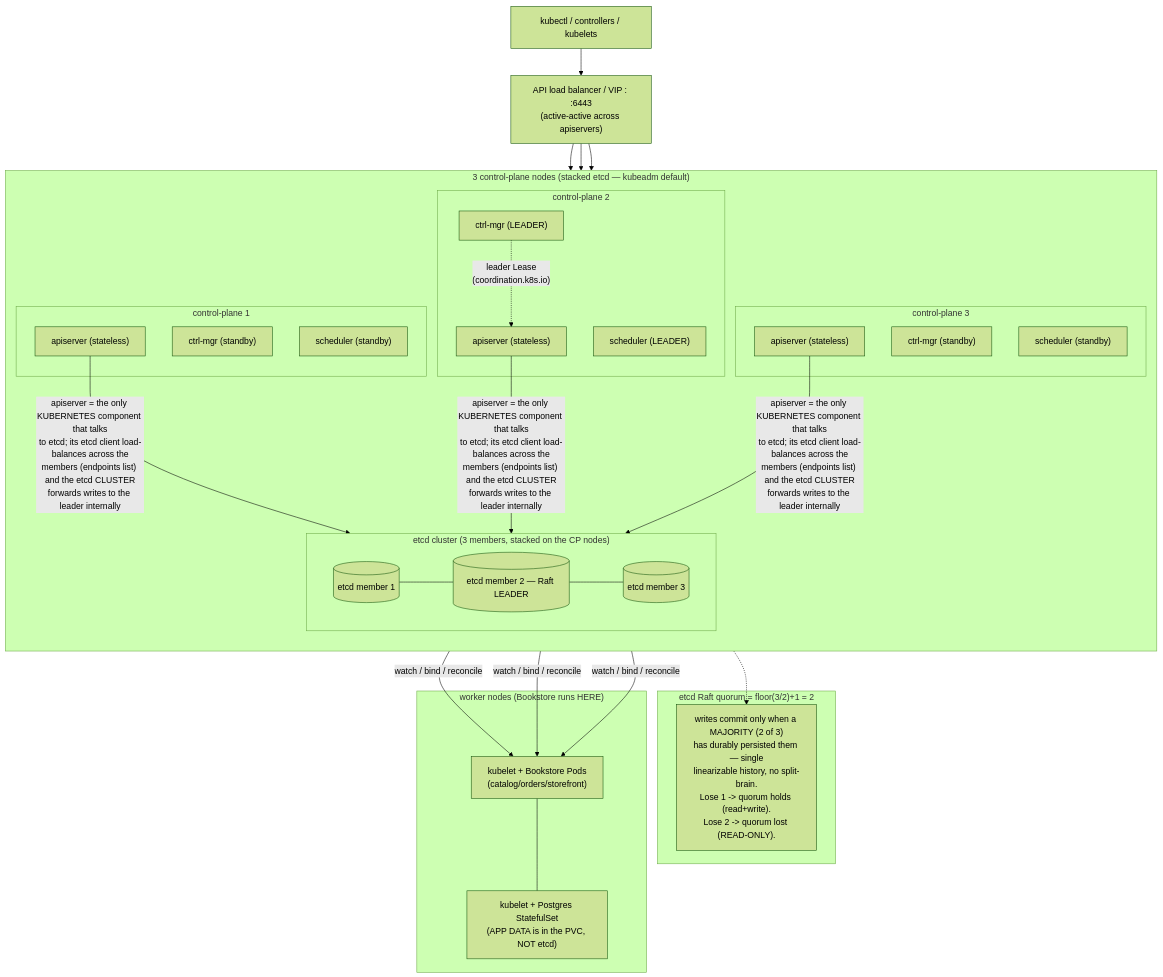
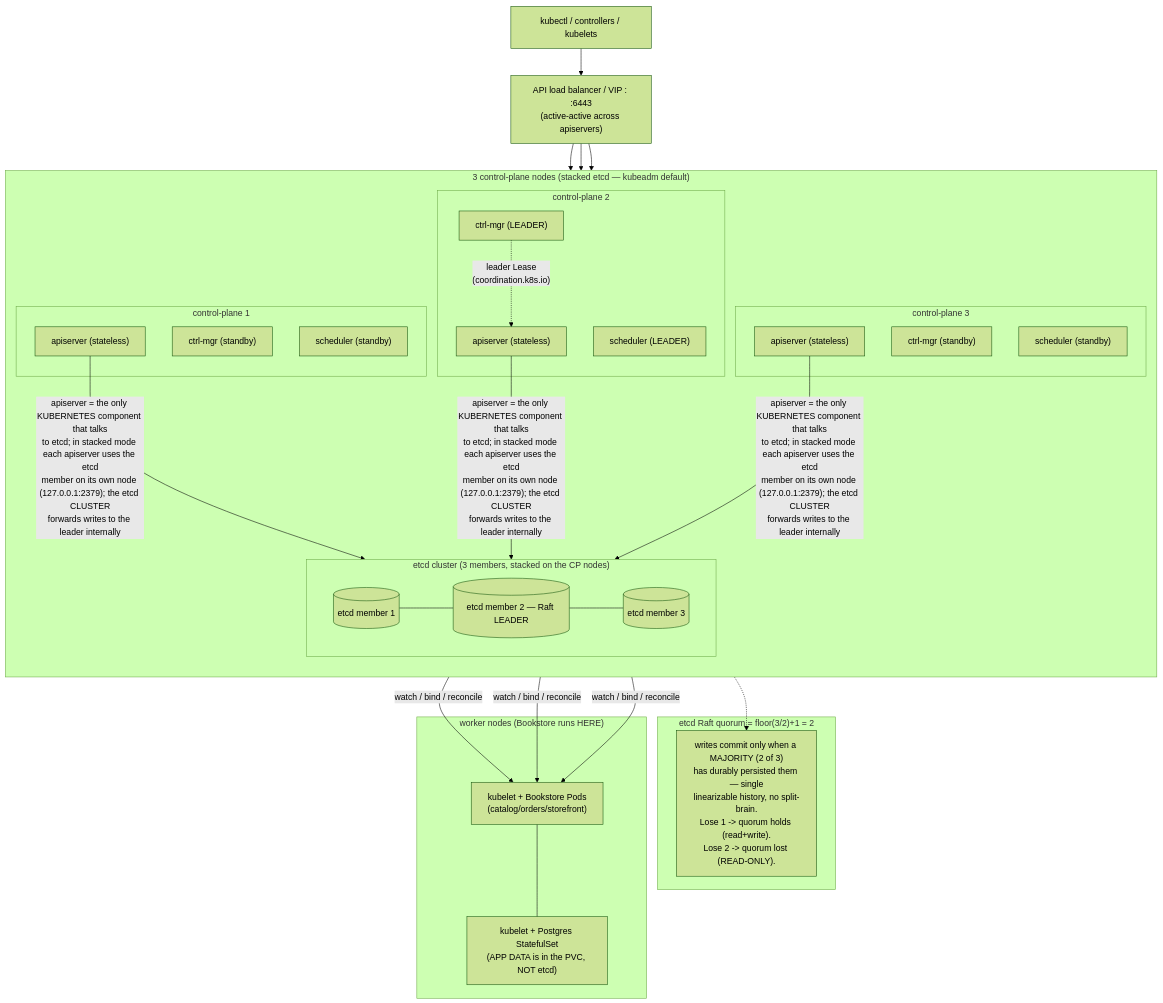
The diagram in full-guide/11-advanced-production-patterns/08-ha-control-plane-and-etcd.md (abd-ulbasit/bookstore-kubernetes-guide), drawn with Mermaid (forest theme) before and after one commit. The commit also changed other lines of this file and 11 other files, not shown here.

````diff
--- a/full-guide/11-advanced-production-patterns/08-ha-control-plane-and-etcd.md
+++ b/full-guide/11-advanced-production-patterns/08-ha-control-plane-and-etcd.md
@@ -188,47 +188,47 @@
 ```mermaid
 flowchart TB
     clients["kubectl / controllers / kubelets"]
     lb["API load balancer / VIP : :6443<br/>(active-active across apiservers)"]
 
     subgraph cp["3 control-plane nodes (stacked etcd — kubeadm default)"]
       direction TB
       subgraph cp1["control-plane 1"]
         a1["apiserver (stateless)"]
         cm1["ctrl-mgr (standby)"]
         sc1["scheduler (standby)"]
       end
       subgraph cp2["control-plane 2"]
         a2["apiserver (stateless)"]
         cm2["ctrl-mgr (LEADER)"]
         sc2["scheduler (LEADER)"]
       end
       subgraph cp3["control-plane 3"]
         a3["apiserver (stateless)"]
         cm3["ctrl-mgr (standby)"]
         sc3["scheduler (standby)"]
       end
       subgraph etcdc["etcd cluster (3 members, stacked on the CP nodes)"]
         e1[("etcd member 1")]
         e2[("etcd member 2 — Raft LEADER")]
         e3[("etcd member 3")]
       end
     end
 
     subgraph etcdq["etcd Raft quorum = floor(3/2)+1 = 2"]
       q["writes commit only when a MAJORITY (2 of 3)<br/>has durably persisted them — single<br/>linearizable history, no split-brain.<br/>Lose 1 -> quorum holds (read+write).<br/>Lose 2 -> quorum lost (READ-ONLY)."]
     end
 
     subgraph workers["worker nodes (Bookstore runs HERE)"]
       w1["kubelet + Bookstore Pods<br/>(catalog/orders/storefront)"]
       w2["kubelet + Postgres StatefulSet<br/>(APP DATA is in the PVC, NOT etcd)"]
     end
 
     clients --> lb
     lb --> a1 & a2 & a3
-    a1 & a2 & a3 -->|"apiserver = the only KUBERNETES component that talks<br/>to etcd; its etcd client load-balances across the<br/>members (endpoints list) and the etcd CLUSTER<br/>forwards writes to the leader internally"| etcdc
+    a1 & a2 & a3 -->|"apiserver = the only KUBERNETES component that talks<br/>to etcd; in stacked mode each apiserver uses the etcd<br/>member on its own node (127.0.0.1:2379); the etcd CLUSTER<br/>forwards writes to the leader internally"| etcdc
     e1 --- e2 --- e3
     etcdc -.-> q
     cm2 -. "leader Lease<br/>(coordination.k8s.io)" .-> a2
     a1 & a2 & a3 -->|"watch / bind / reconcile"| w1
     w1 --- w2
 ```
````
